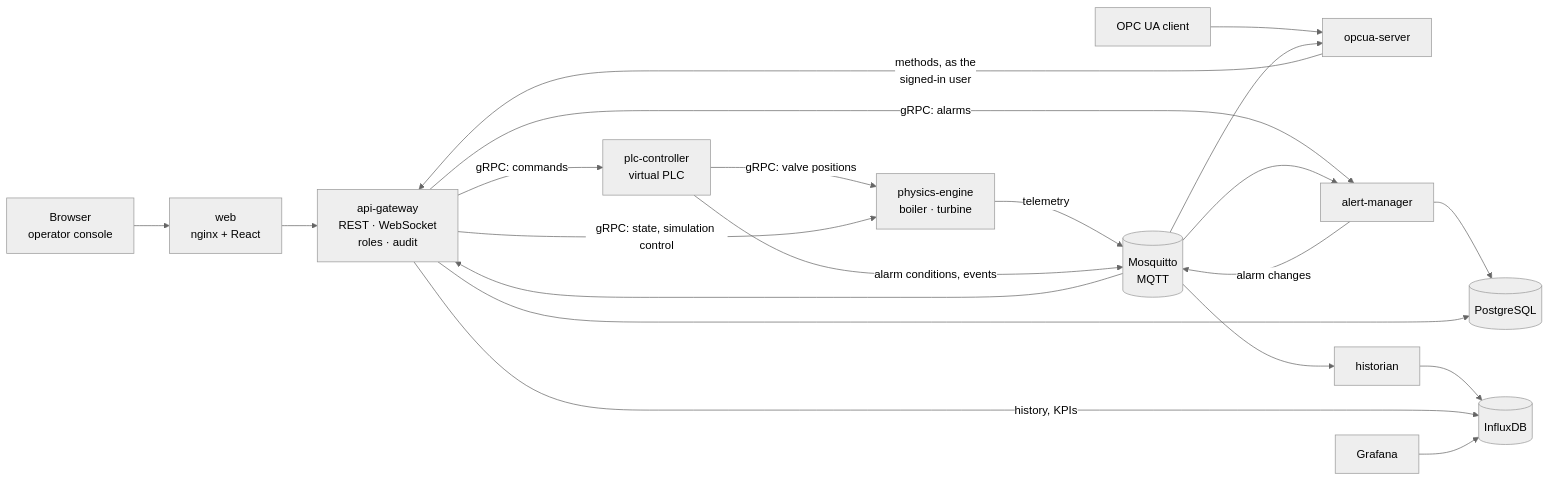
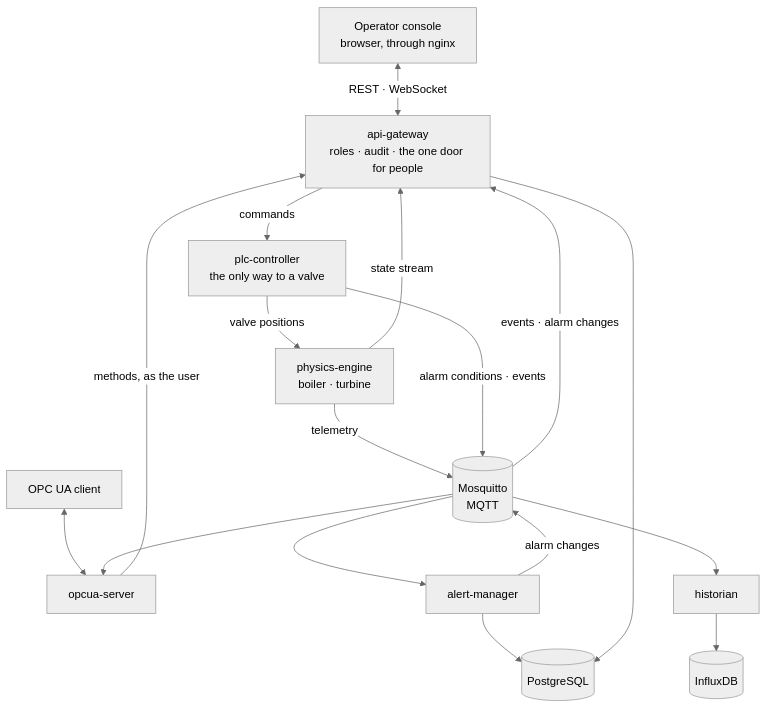
The diagram in README.md (dimbo1324/CogniBoiler), drawn with Mermaid (neutral theme) before and after one commit. The commit also changed other lines of this file, not shown here.

Commit message:
docs: a top-down architecture diagram a newcomer can read at GitHub's width
The first diagram parsed and rendered with Mermaid 11, but laid out left to right
it came out a metre wide with every edge crossing another; at GitHub's column
width its labels were unreadable. Top-down, the command path runs straight down
the middle — console, gateway, PLC, plant — and telemetry fans out below it to
MQTT and the services that consume it. The two links it leaves out are named in
a line under it.

````diff
--- a/README.md
+++ b/README.md
@@ -130,21 +130,31 @@
 ```mermaid
-flowchart LR
-  browser["Browser<br/>operator console"] --> web["web<br/>nginx + React"]
-  scada["OPC UA client"] --> opc["opcua-server"]
-  web --> gw["api-gateway<br/>REST · WebSocket<br/>roles · audit"]
-  opc -- "methods, as the<br/>signed-in user" --> gw
-  gw -- "gRPC: commands" --> plc["plc-controller<br/>virtual PLC"]
-  plc -- "gRPC: valve positions" --> phy["physics-engine<br/>boiler · turbine"]
-  gw -- "gRPC: state, simulation control" --> phy
-  gw -- "gRPC: alarms" --> am["alert-manager"]
-  phy -- "telemetry" --> mq[("Mosquitto<br/>MQTT")]
-  plc -- "alarm conditions, events" --> mq
+flowchart TB
+  console["Operator console<br/>browser, through nginx"]
+  scada["OPC UA client"]
+  gw["api-gateway<br/>roles · audit · the one door for people"]
+  opc["opcua-server"]
+  plc["plc-controller<br/>the only way to a valve"]
+  phy["physics-engine<br/>boiler · turbine"]
+  mq[("Mosquitto<br/>MQTT")]
+  am["alert-manager"]
+  hist["historian"]
+  pg[("PostgreSQL")]
+  influx[("InfluxDB")]
+
+  console <-- "REST · WebSocket" --> gw
+  scada <--> opc
+  opc -- "methods, as the user" --> gw
+  gw -- "commands" --> plc
+  plc -- "valve positions" --> phy
+  phy -- "state stream" --> gw
+  phy -- "telemetry" --> mq
+  plc -- "alarm conditions · events" --> mq
+  mq --> am
   am -- "alarm changes" --> mq
-  mq --> hist["historian"] --> influx[("InfluxDB")]
-  mq --> am --> pg[("PostgreSQL")]
+  mq --> hist
   mq --> opc
-  mq --> gw
+  mq -- "events · alarm changes" --> gw
+  am --> pg
   gw --> pg
-  gw -- "history, KPIs" --> influx
-  grafana["Grafana"] --> influx
+  hist --> influx
 ```
````
